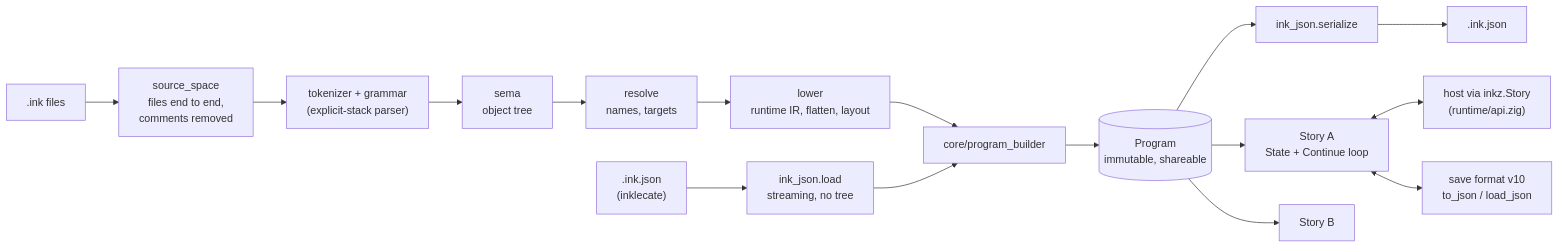
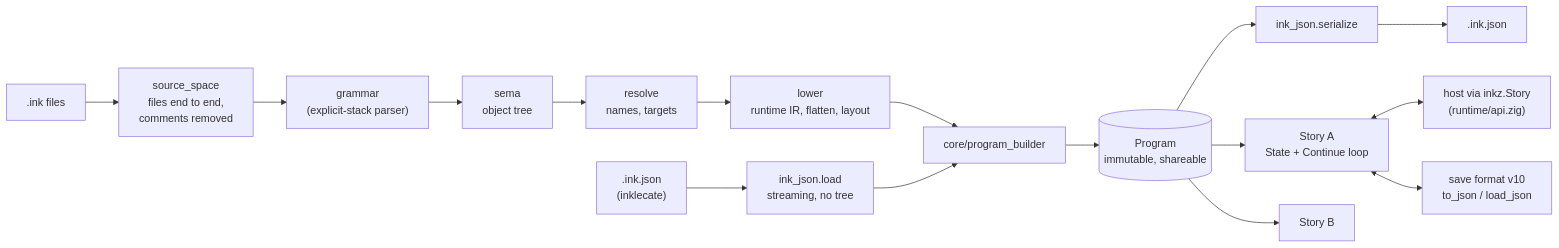
The first of 7 diagrams in docs/Architecture.md (KreaturaArt/inkz), drawn with Mermaid before and after one commit. The commit also changed other lines of this file and 16 other files, not shown here.

Commit message:
(cleanup) the grammar scans characters itself, so the mode tokenizer, its fuzz targets, the parser machine's token API and token tags go; lexical.zig keeps comment removal and ink's identifier characters; parse is a one-region parse_space (P13.2)

````diff
--- a/docs/Architecture.md
+++ b/docs/Architecture.md
@@ -12,20 +12,20 @@
 ```mermaid
 flowchart LR
     ink[".ink files"] --> space["source_space<br/>files end to end,<br/>comments removed"]
-    space --> parse["tokenizer + grammar<br/>(explicit-stack parser)"]
+    space --> parse["grammar<br/>(explicit-stack parser)"]
     parse --> sema["sema<br/>object tree"]
     sema --> resolve["resolve<br/>names, targets"]
     resolve --> lower["lower<br/>runtime IR, flatten, layout"]
     lower --> builder
 
     json[".ink.json<br/>(inklecate)"] --> loader["ink_json.load<br/>streaming, no tree"]
     loader --> builder
 
     builder["core/program_builder"] --> program[("Program<br/>immutable, shareable")]
     program --> serialize["ink_json.serialize"] --> json_out[".ink.json"]
 
     program --> story1["Story A<br/>State + Continue loop"]
     program --> story2["Story B"]
     story1 <--> host["host via inkz.Story<br/>(runtime/api.zig)"]
     story1 <--> save["save format v10<br/>to_json / load_json"]
 ```
````
